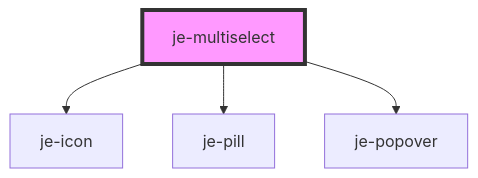
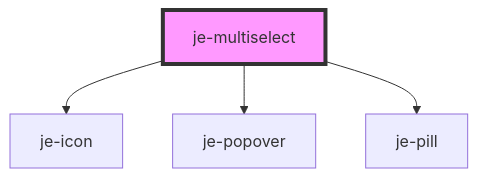
The diagram in packages/core/documentation/components/multiselect/je-multiselect/readme.md (pgreen00/jebamo), drawn with Mermaid before and after one commit. The commit also changed other lines of this file and 28 other files, not shown here.

````diff
--- a/packages/core/documentation/components/multiselect/je-multiselect/readme.md
+++ b/packages/core/documentation/components/multiselect/je-multiselect/readme.md
@@ -36,7 +36,7 @@
 ```mermaid
 graph TD;
   je-multiselect --> je-icon
+  je-multiselect --> je-popover
   je-multiselect --> je-pill
-  je-multiselect --> je-popover
   style je-multiselect fill:#f9f,stroke:#333,stroke-width:4px
 ```
````
